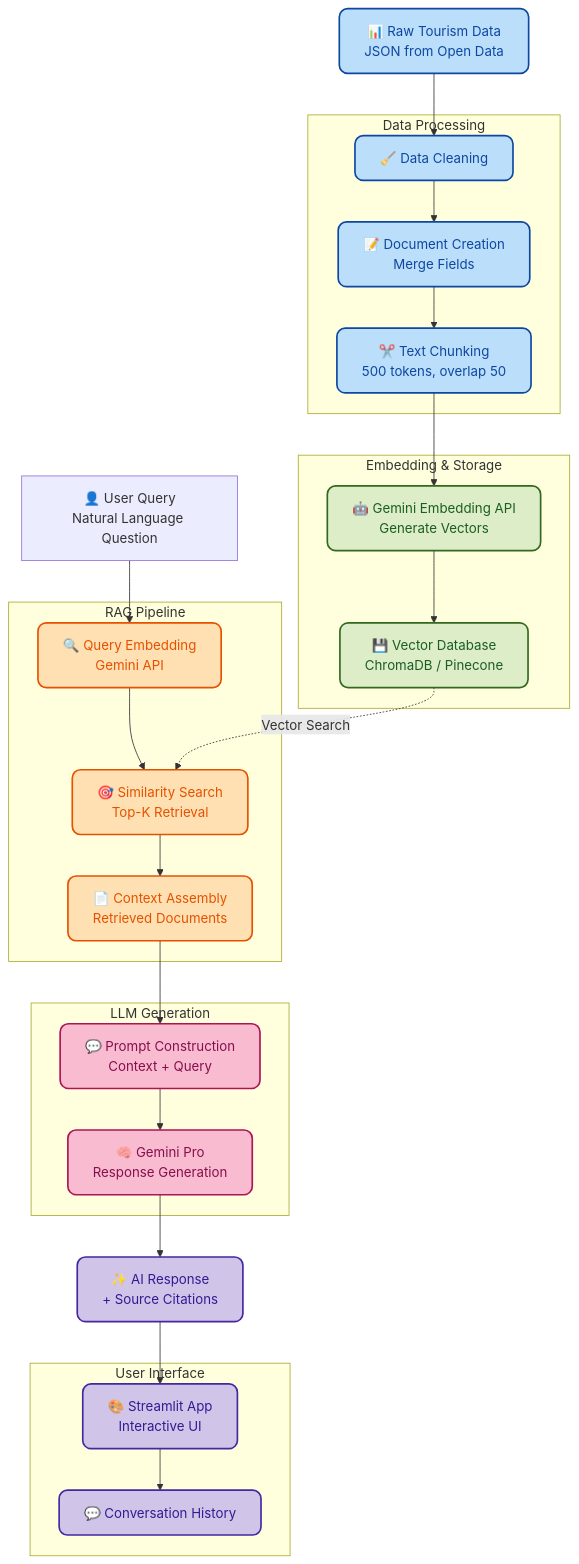
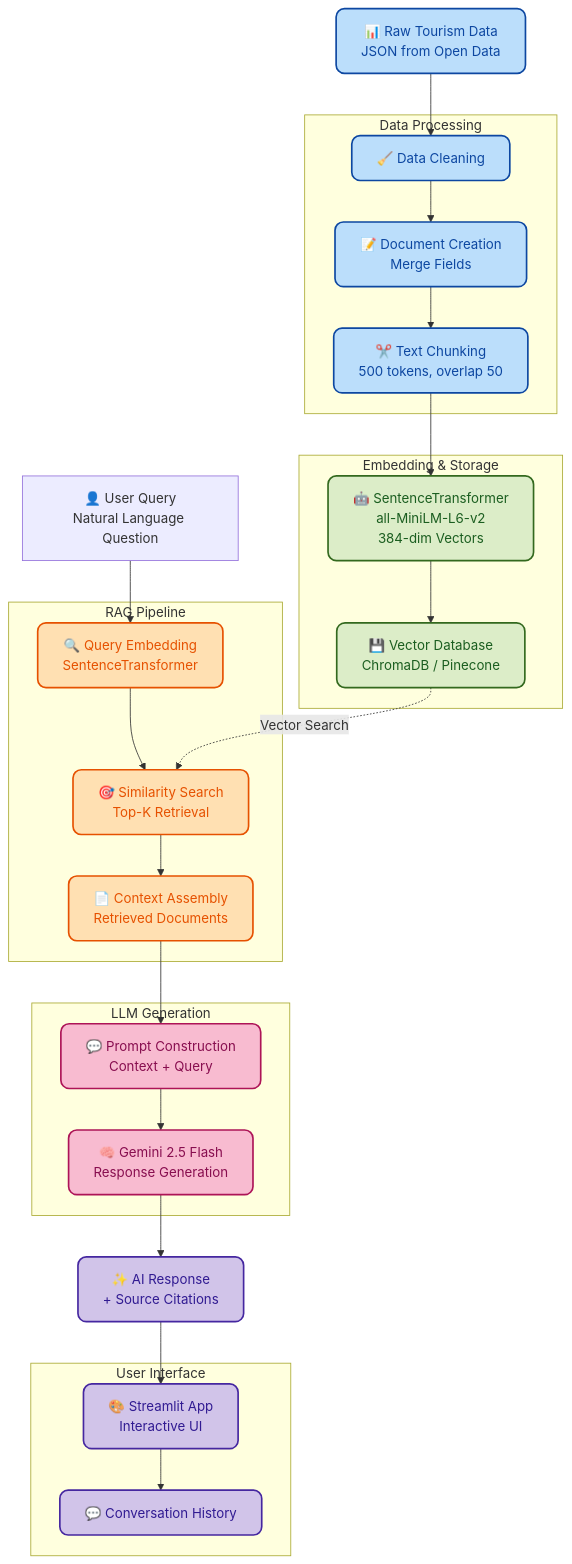
Before and after one commit to chgwyellow/travel_rag: the diagram in README.md, drawn with Mermaid. The commit also changed other lines of this file and 8 other files, not shown here.

````diff
--- a/README.md
+++ b/README.md
@@ -461,69 +469,69 @@
 ```mermaid
 flowchart TD
 
 %% ============================
 %% COLOR THEMES
 %% ============================
 classDef data fill:#BBDEFB,stroke:#0D47A1,stroke-width:2px,color:#0D47A1,rx:10,ry:10
 classDef process fill:#DCEDC8,stroke:#33691E,stroke-width:2px,color:#1B5E20,rx:10,ry:10
 classDef rag fill:#FFE0B2,stroke:#E65100,stroke-width:2px,color:#E65100,rx:10,ry:10
 classDef llm fill:#F8BBD0,stroke:#AD1457,stroke-width:2px,color:#880E4F,rx:10,ry:10
 classDef ui fill:#D1C4E9,stroke:#4527A0,stroke-width:2px,color:#311B92,rx:10,ry:10
 
 %% ============================
 %% NODES
 %% ============================
 
 A["📊 Raw Tourism Data<br>JSON from Open Data"]
 
 subgraph DATA[Data Processing]
     B1["🧹 Data Cleaning"]
     B2["📝 Document Creation<br>Merge Fields"]
     B3["✂️ Text Chunking<br>500 tokens, overlap 50"]
 end
 
 subgraph EMBED[Embedding & Storage]
-    C1["🤖 Gemini Embedding API<br>Generate Vectors"]
+    C1["🤖 SentenceTransformer<br>all-MiniLM-L6-v2<br>384-dim Vectors"]
     C2["💾 Vector Database<br>ChromaDB / Pinecone"]
 end
 
 D["👤 User Query<br>Natural Language Question"]
 
 subgraph RAG[RAG Pipeline]
-    E1["🔍 Query Embedding<br>Gemini API"]
+    E1["🔍 Query Embedding<br>SentenceTransformer"]
     E2["🎯 Similarity Search<br>Top-K Retrieval"]
     E3["📄 Context Assembly<br>Retrieved Documents"]
 end
 
 subgraph LLM[LLM Generation]
     F1["💬 Prompt Construction<br>Context + Query"]
-    F2["🧠 Gemini Pro<br>Response Generation"]
+    F2["🧠 Gemini 2.5 Flash<br>Response Generation"]
 end
 
 G["✨ AI Response<br>+ Source Citations"]
 
 subgraph UI[User Interface]
     H1["🎨 Streamlit App<br>Interactive UI"]
     H2["💬 Conversation History"]
 end
 
 %% ============================
 %% FLOWS
 %% ============================
 
 A --> B1 --> B2 --> B3 --> C1 --> C2
 
 D --> E1 --> E2
 C2 -.->|Vector Search| E2
 E2 --> E3 --> F1 --> F2 --> G --> H1 --> H2
 
 %% ============================
 %% CLASS ASSIGNMENTS
 %% ============================
 
 class A,B1,B2,B3 data
 class C1,C2 process
 class E1,E2,E3 rag
 class F1,F2 llm
 class G,H1,H2 ui
 ```
````
